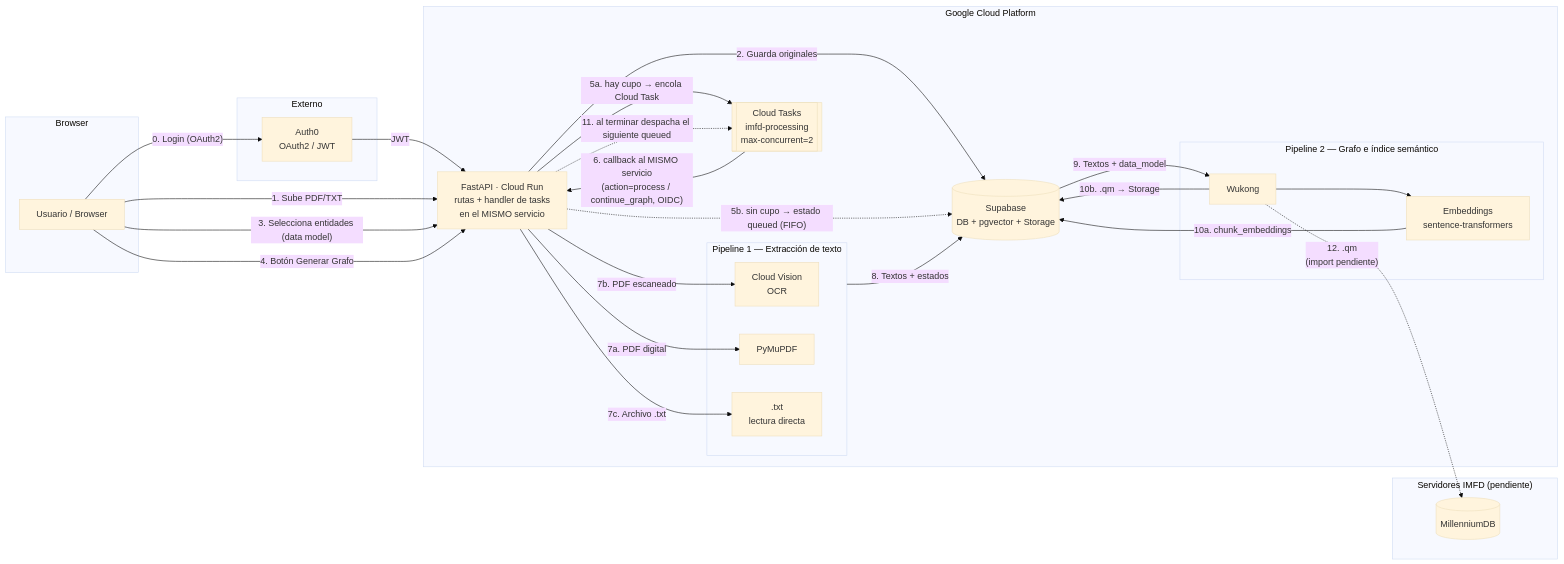
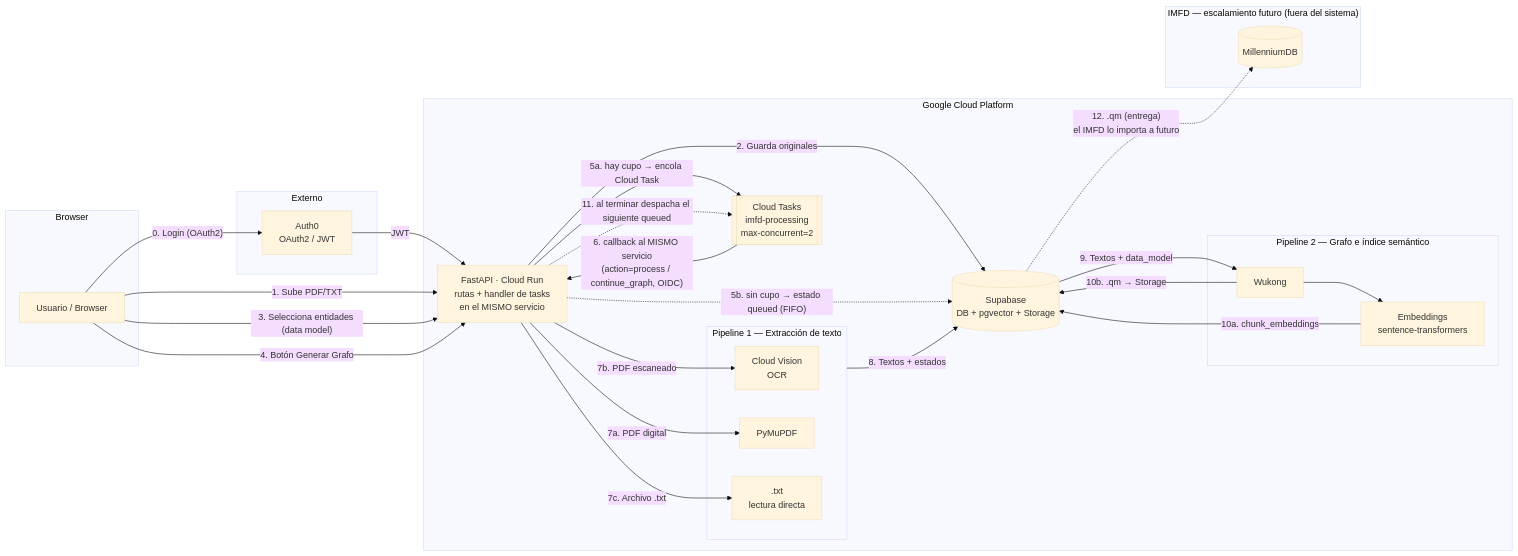
Before and after one commit to renaa-m/TallerDeIntegracion_G10: the first of 2 diagrams in README.md, drawn with Mermaid (base theme). The commit also changed other lines of this file, not shown here.

First line of the commit message:
docs: reformular MillenniumDB como escalamiento futuro (entrega vía .qm)

````diff
--- a/README.md
+++ b/README.md
@@ -228,51 +228,51 @@
 ```mermaid
 graph LR
     subgraph Browser
         U[Usuario / Browser]
     end
 
     subgraph Auth0_ext ["Externo"]
         AUTH0[Auth0\nOAuth2 / JWT]
     end
 
     subgraph GCP ["Google Cloud Platform"]
         API[FastAPI · Cloud Run\nrutas + handler de tasks\nen el MISMO servicio]
         QUEUE[[Cloud Tasks\nimfd-processing\nmax-concurrent=2]]
         SUPA[(Supabase\nDB + pgvector + Storage)]
 
         subgraph Pipeline_1 ["Pipeline 1 — Extracción de texto"]
             VISION[Cloud Vision\nOCR]
             PYMUPDF[PyMuPDF]
             TXT_PASS[.txt\nlectura directa]
         end
 
         subgraph Pipeline_2 ["Pipeline 2 — Grafo e índice semántico"]
             WK[Wukong]
             EMB[Embeddings\nsentence-transformers]
         end
     end
 
-    subgraph IMFD_servers ["Servidores IMFD (pendiente)"]
+    subgraph IMFD_servers ["IMFD — escalamiento futuro (fuera del sistema)"]
         MDB[(MillenniumDB)]
     end
 
     U -->|"0. Login (OAuth2)"| AUTH0
     AUTH0 -->|"JWT"| API
     U -->|"1. Sube PDF/TXT"| API
     API -->|"2. Guarda originales"| SUPA
     U -->|"3. Selecciona entidades (data model)"| API
     U -->|"4. Botón Generar Grafo"| API
     API -->|"5a. hay cupo → encola Cloud Task"| QUEUE
     API -.->|"5b. sin cupo → estado queued (FIFO)"| SUPA
     QUEUE -->|"6. callback al MISMO servicio\n(action=process / continue_graph, OIDC)"| API
     API -->|"7a. PDF digital"| PYMUPDF
     API -->|"7b. PDF escaneado"| VISION
     API -->|"7c. Archivo .txt"| TXT_PASS
     Pipeline_1 -->|"8. Textos + estados"| SUPA
     SUPA -->|"9. Textos + data_model"| WK
     WK --> EMB
     EMB -->|"10a. chunk_embeddings"| SUPA
     WK -->|"10b. .qm → Storage"| SUPA
     API -.->|"11. al terminar despacha el siguiente queued"| QUEUE
-    WK -.->|"12. .qm\n(import pendiente)"| MDB
+    SUPA -.->|"12. .qm (entrega)\nel IMFD lo importa a futuro"| MDB
 ```
````
